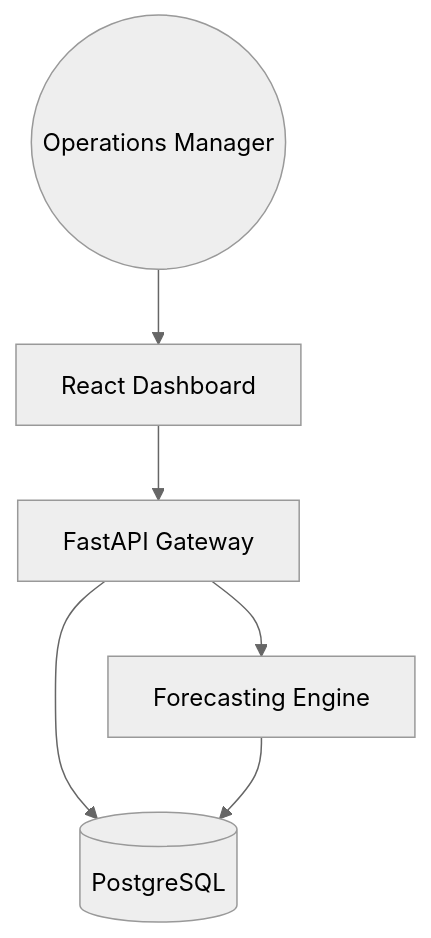
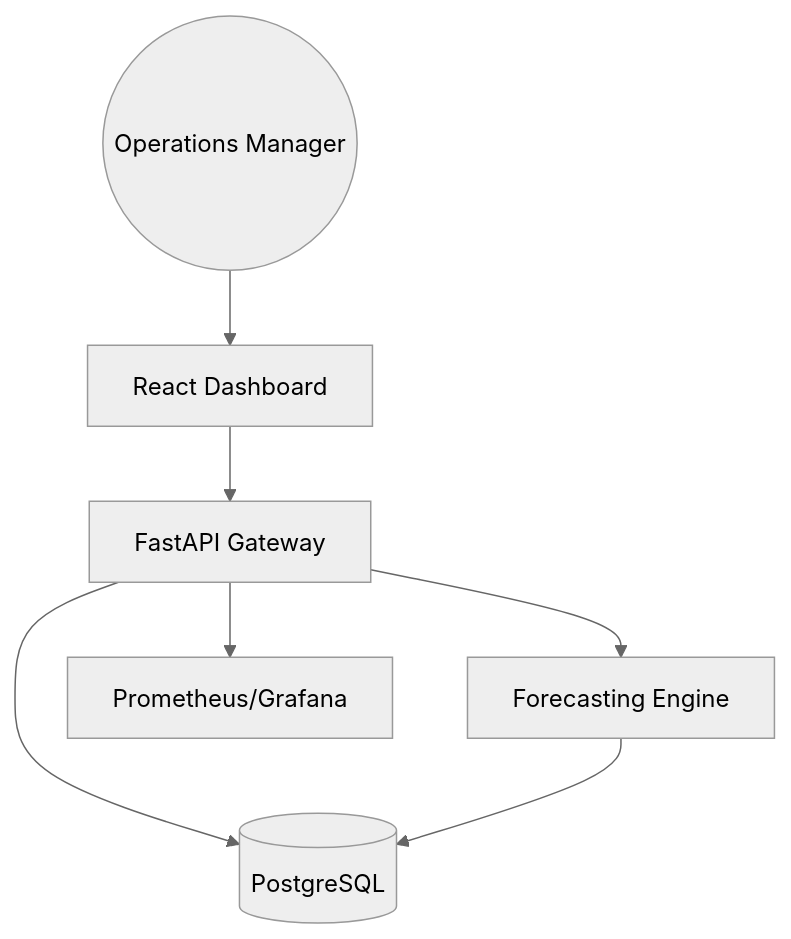
The first of 6 diagrams in README.md (Devopstrio/capacity-forecast-dashboard), drawn with Mermaid (neutral theme) before and after one commit. The commit also changed other lines of this file, not shown here.

Commit message:
docs: expand readme with detailed architecture diagrams and workflow deep-dives

````diff
--- a/README.md
+++ b/README.md
@@ -38,8 +49,9 @@
 ```mermaid
 graph TD
     User((Operations Manager)) --> Frontend[React Dashboard]
     Frontend --> API[FastAPI Gateway]
     API --> ForecastEngine[Forecasting Engine]
     API --> DB[(PostgreSQL)]
     ForecastEngine --> DB
+    API --> Metrics[Prometheus/Grafana]
 ```
````
